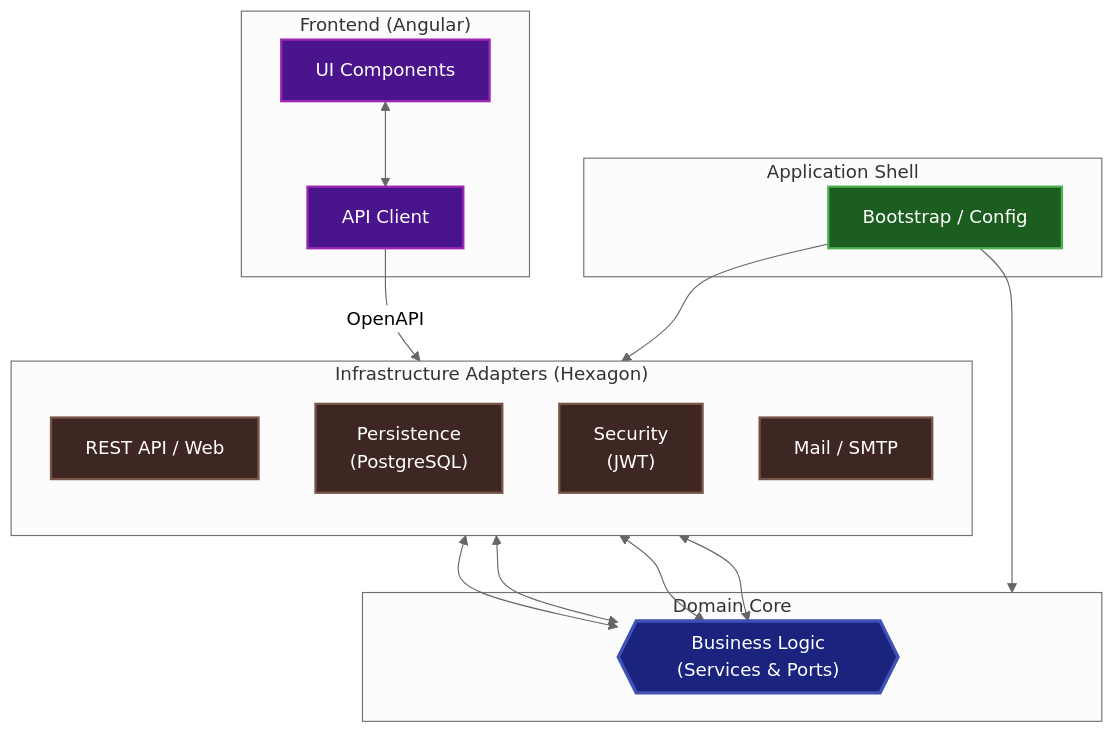
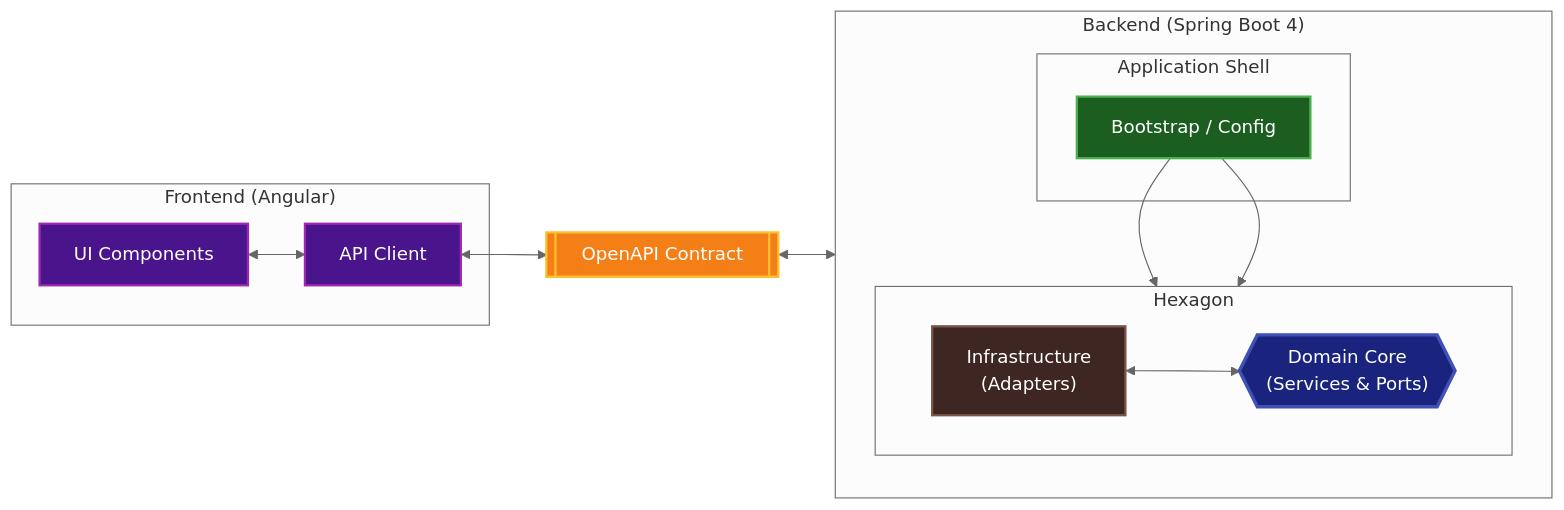
Before and after one commit to vmillet-dev/tripr-app: the diagram in README.md, drawn with Mermaid (neutral theme).

````diff
--- a/README.md
+++ b/README.md
@@ -14,50 +14,48 @@
 ```mermaid
-graph TD
-    %% Core Domain at the center
-    subgraph Core ["&nbsp;&nbsp;&nbsp;&nbsp;Domain Core&nbsp;&nbsp;&nbsp;&nbsp;"]
-        DOM{{"&nbsp;&nbsp;&nbsp;&nbsp;&nbsp;&nbsp;&nbsp;&nbsp;Business Logic&nbsp;&nbsp;&nbsp;&nbsp;&nbsp;&nbsp;&nbsp;&nbsp;<br/>(Services & Ports)"}}
+graph LR
+    %% Client Layer
+    subgraph Client ["Frontend (Angular)"]
+        UI["UI Components"]
+        API_C["API Client"]
     end
 
-    %% Adapters surrounding the core
-    subgraph Adapters ["&nbsp;&nbsp;&nbsp;&nbsp;Infrastructure Adapters (Hexagon)&nbsp;&nbsp;&nbsp;&nbsp;"]
+    %% Contract Layer
+    OC[["&nbsp;&nbsp;&nbsp;OpenAPI Contract&nbsp;&nbsp;&nbsp;"]]
+
+    %% Backend Layer
+    subgraph Backend ["Backend (Spring Boot 4)"]
         direction TB
-        REST["REST API / Web"]
-        PERSIST["Persistence<br/>(PostgreSQL)"]
-        SEC["Security<br/>(JWT)"]
-        MAIL["Mail / SMTP"]
-    end
+        subgraph Shell ["Application Shell"]
+            APP["Bootstrap / Config"]
+        end
 
-    %% Entry point orchestrating everything
-    subgraph Shell ["Application Shell"]
-        APP[Bootstrap / Config]
-    end
-
-    %% External entities
-    subgraph Client ["Frontend (Angular)"]
-        UI[UI Components]
-        API_C[API Client]
+        subgraph Hex ["Hexagon"]
+            direction LR
+            INF["Infrastructure<br/>(Adapters)"]
+            DOM{{"&nbsp;&nbsp;&nbsp;Domain Core&nbsp;&nbsp;&nbsp;<br/>(Services & Ports)"}}
+        end
     end
 
     %% Connections
     UI <--> API_C
-    API_C -- "OpenAPI" --> REST
+    API_C <--> OC
+    OC <--> INF
     
-    APP --> Adapters
-    APP --> Core
+    APP --> INF
+    APP --> DOM
     
-    REST <--> DOM
-    DOM <--> PERSIST
-    DOM <--> SEC
-    DOM <--> MAIL
+    INF <--> DOM
 
-    %% Dark mode friendly styling
+    %% Styling
     classDef domain fill:#1a237e,stroke:#3f51b5,stroke-width:3px,color:#ffffff;
     classDef infra fill:#3e2723,stroke:#795548,stroke-width:2px,color:#ffffff;
     classDef app fill:#1b5e20,stroke:#4caf50,stroke-width:2px,color:#ffffff;
     classDef client fill:#4a148c,stroke:#9c27b0,stroke-width:2px,color:#ffffff;
+    classDef contract fill:#f57f17,stroke:#fbc02d,stroke-width:2px,color:#ffffff;
     
     class DOM domain;
-    class REST,PERSIST,SEC,MAIL infra;
+    class INF infra;
     class APP app;
     class UI,API_C client;
+    class OC contract;
 ```
````
